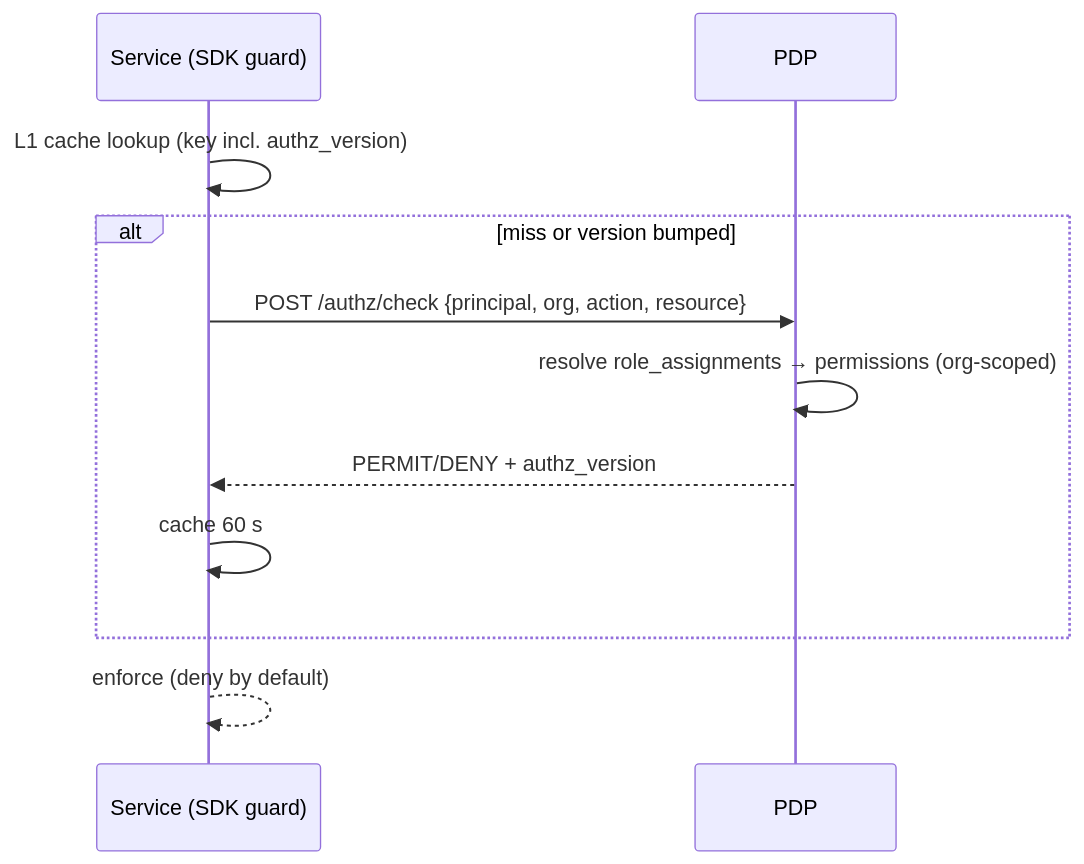
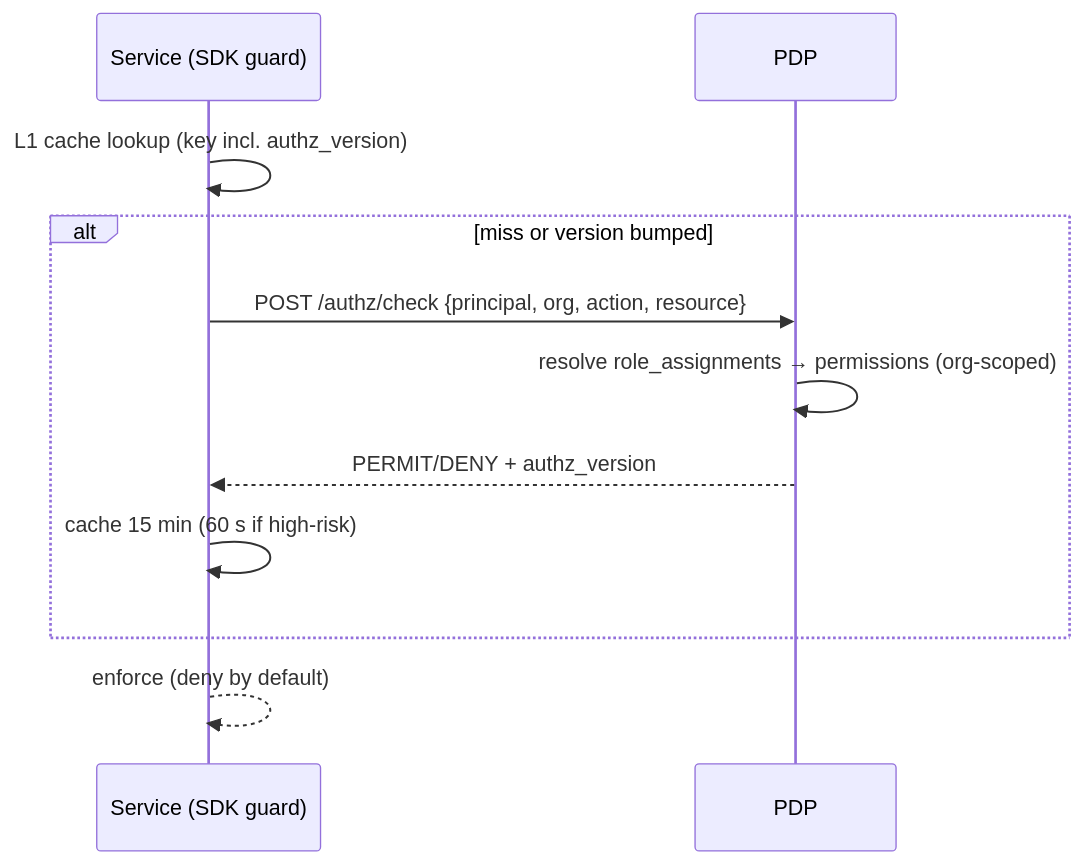
The fifth of 6 diagrams in apps/identity-server/docs/architecture.md (shadow-library/platform), drawn with Mermaid before and after one commit. The commit also changed other lines of this file and 2 other files, not shown here.

First line of the commit message:
docs: document cache tradeoffs and role catalog sync

````diff
--- a/apps/identity-server/docs/architecture.md
+++ b/apps/identity-server/docs/architecture.md
@@ -414,13 +431,13 @@
 ```mermaid
 sequenceDiagram
   participant PEP as Service (SDK guard)
   participant IdP as PDP
   PEP->>PEP: L1 cache lookup (key incl. authz_version)
   alt miss or version bumped
     PEP->>IdP: POST /authz/check {principal, org, action, resource}
     IdP->>IdP: resolve role_assignments → permissions (org-scoped)
     IdP-->>PEP: PERMIT/DENY + authz_version
-    PEP->>PEP: cache 60 s
+    PEP->>PEP: cache 15 min (60 s if high-risk)
   end
   PEP-->>PEP: enforce (deny by default)
 ```
````
